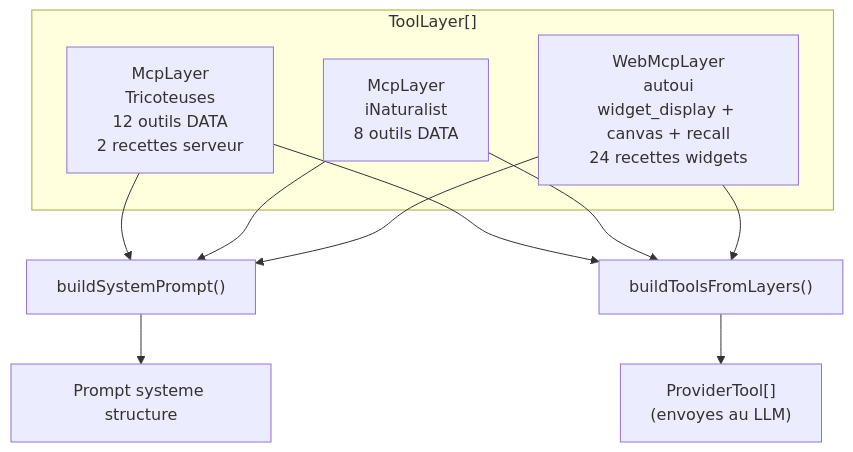
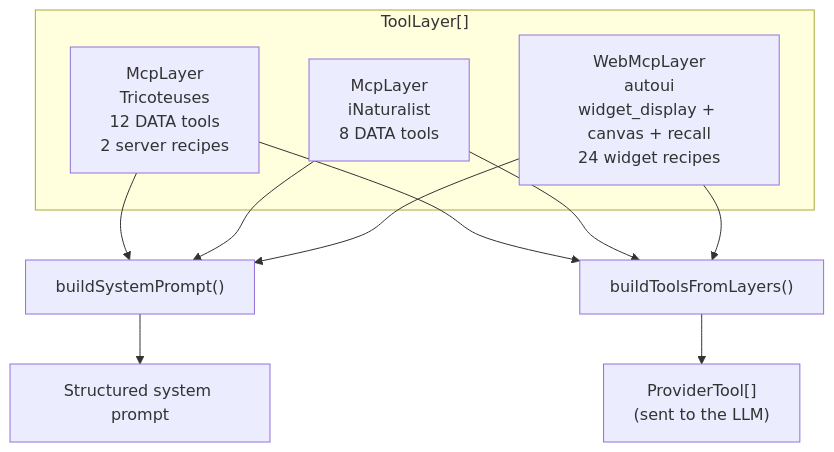
One commit to jeanbaptiste/webmcp-auto-ui changed the first of 3 diagrams in docs/starlight/src/content/docs/concepts/tool-layers.md. Above: the diagram before and after it, drawn with Mermaid. The commit also changed other lines of this file and 94 other files, not shown here.

````diff
--- a/docs/starlight/src/content/docs/concepts/tool-layers.md
+++ b/docs/starlight/src/content/docs/concepts/tool-layers.md
@@ -104,18 +104,18 @@
 ```mermaid
 graph TD
     subgraph "ToolLayer[]"
-        ML1["McpLayer<br/>Tricoteuses<br/>12 outils DATA<br/>2 recettes serveur"]
-        ML2["McpLayer<br/>iNaturalist<br/>8 outils DATA"]
-        WL["WebMcpLayer<br/>autoui<br/>widget_display + canvas + recall<br/>24 recettes widgets"]
+        ML1["McpLayer<br/>Tricoteuses<br/>12 DATA tools<br/>2 server recipes"]
+        ML2["McpLayer<br/>iNaturalist<br/>8 DATA tools"]
+        WL["WebMcpLayer<br/>autoui<br/>widget_display + canvas + recall<br/>24 widget recipes"]
     end
 
     ML1 --> BSP["buildSystemPrompt()"]
     ML2 --> BSP
     WL --> BSP
-    BSP --> P["Prompt systeme structure"]
+    BSP --> P["Structured system prompt"]
 
     ML1 --> BTL["buildToolsFromLayers()"]
     ML2 --> BTL
     WL --> BTL
-    BTL --> T["ProviderTool[]<br/>(envoyes au LLM)"]
+    BTL --> T["ProviderTool[]<br/>(sent to the LLM)"]
 ```
````
